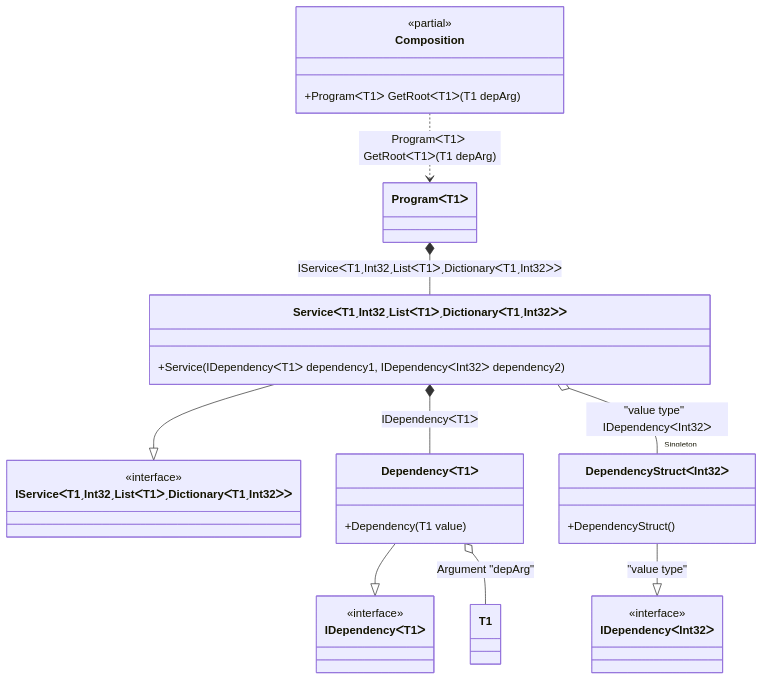
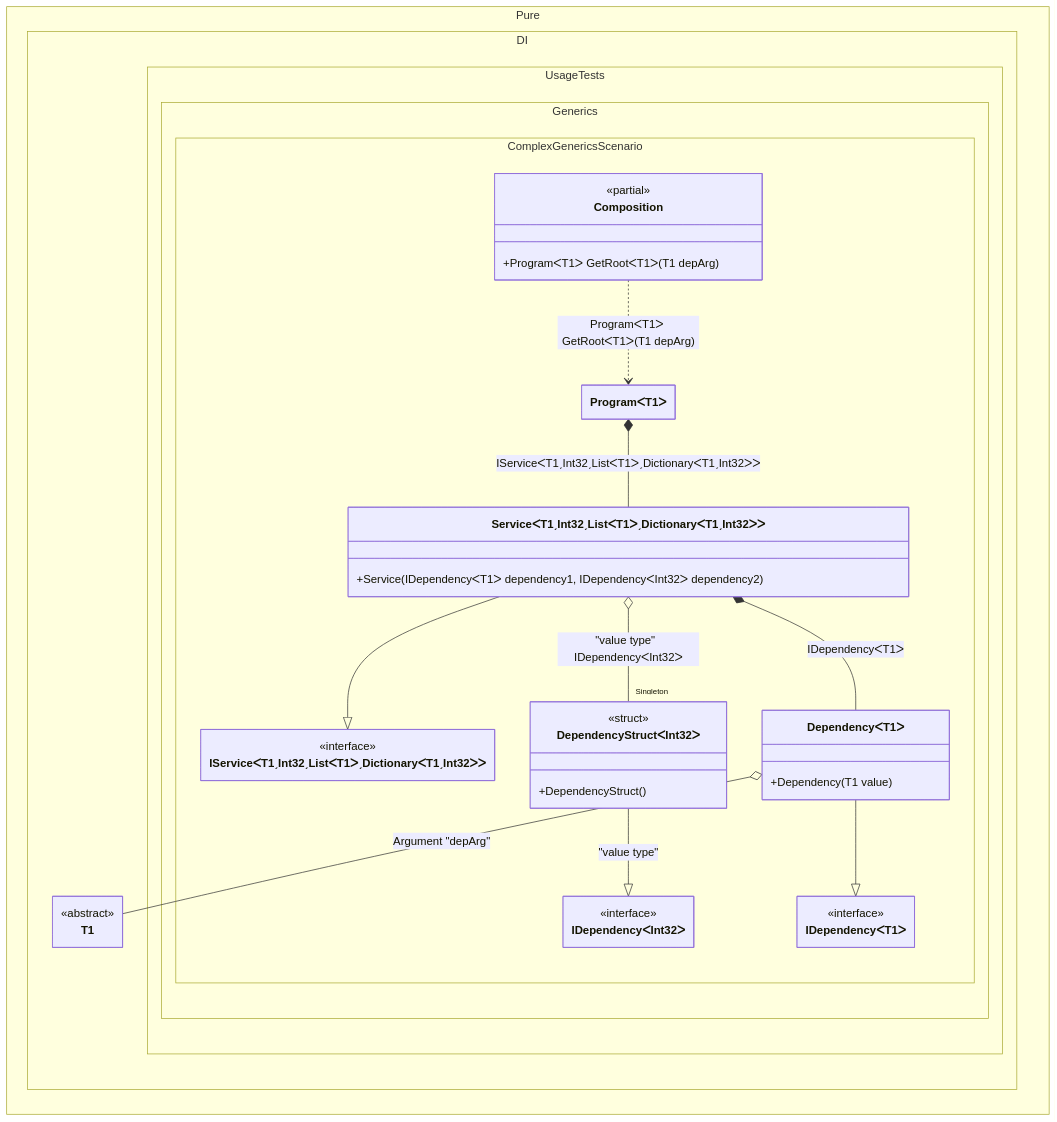
The diagram in readme/complex-generics.md (DevTeam/Pure.DI), drawn with Mermaid before and after one commit. The commit also changed 103 other files, not shown here.

Commit message:
Improved class diagrams

````diff
--- a/readme/complex-generics.md
+++ b/readme/complex-generics.md
@@ -117,33 +117,48 @@
 ```mermaid
+---
+ config:
+  class:
+   hideEmptyMembersBox: true
+---
 classDiagram
-	class Composition {
-		<<partial>>
-		+ProgramᐸT1ᐳ GetRootᐸT1ᐳ(T1 depArg)
-	}
 	ServiceᐸT1ˏInt32ˏListᐸT1ᐳˏDictionaryᐸT1ˏInt32ᐳᐳ --|> IServiceᐸT1ˏInt32ˏListᐸT1ᐳˏDictionaryᐸT1ˏInt32ᐳᐳ
-	class ServiceᐸT1ˏInt32ˏListᐸT1ᐳˏDictionaryᐸT1ˏInt32ᐳᐳ {
-		+Service(IDependencyᐸT1ᐳ dependency1, IDependencyᐸInt32ᐳ dependency2)
-	}
 	DependencyStructᐸInt32ᐳ --|> IDependencyᐸInt32ᐳ : "value type" 
-	class DependencyStructᐸInt32ᐳ {
-		+DependencyStruct()
-	}
 	DependencyᐸT1ᐳ --|> IDependencyᐸT1ᐳ
-	class DependencyᐸT1ᐳ {
-		+Dependency(T1 value)
-	}
-	class IServiceᐸT1ˏInt32ˏListᐸT1ᐳˏDictionaryᐸT1ˏInt32ᐳᐳ {
-		<<interface>>
-	}
-	class IDependencyᐸInt32ᐳ {
-		<<interface>>
-	}
-	class IDependencyᐸT1ᐳ {
-		<<interface>>
-	}
 	Composition ..> ProgramᐸT1ᐳ : ProgramᐸT1ᐳ GetRootᐸT1ᐳ(T1 depArg)
 	ProgramᐸT1ᐳ *--  ServiceᐸT1ˏInt32ˏListᐸT1ᐳˏDictionaryᐸT1ˏInt32ᐳᐳ : IServiceᐸT1ˏInt32ˏListᐸT1ᐳˏDictionaryᐸT1ˏInt32ᐳᐳ
 	ServiceᐸT1ˏInt32ˏListᐸT1ᐳˏDictionaryᐸT1ˏInt32ᐳᐳ *--  DependencyᐸT1ᐳ : IDependencyᐸT1ᐳ
 	ServiceᐸT1ˏInt32ˏListᐸT1ᐳˏDictionaryᐸT1ˏInt32ᐳᐳ o-- "Singleton" DependencyStructᐸInt32ᐳ : "value type"  IDependencyᐸInt32ᐳ
 	DependencyᐸT1ᐳ o-- T1 : Argument "depArg"
+	namespace Pure.DI {
+		class T1 {
+			<<abstract>>
+		}
+	}
+	namespace Pure.DI.UsageTests.Generics.ComplexGenericsScenario {
+		class Composition {
+		<<partial>>
+		+ProgramᐸT1ᐳ GetRootᐸT1ᐳ(T1 depArg)
+		}
+		class DependencyStructᐸInt32ᐳ {
+				<<struct>>
+			+DependencyStruct()
+		}
+		class DependencyᐸT1ᐳ {
+			+Dependency(T1 value)
+		}
+		class IDependencyᐸInt32ᐳ {
+			<<interface>>
+		}
+		class IDependencyᐸT1ᐳ {
+			<<interface>>
+		}
+		class IServiceᐸT1ˏInt32ˏListᐸT1ᐳˏDictionaryᐸT1ˏInt32ᐳᐳ {
+			<<interface>>
+		}
+		class ProgramᐸT1ᐳ {
+		}
+		class ServiceᐸT1ˏInt32ˏListᐸT1ᐳˏDictionaryᐸT1ˏInt32ᐳᐳ {
+			+Service(IDependencyᐸT1ᐳ dependency1, IDependencyᐸInt32ᐳ dependency2)
+		}
+	}
 ```
````
